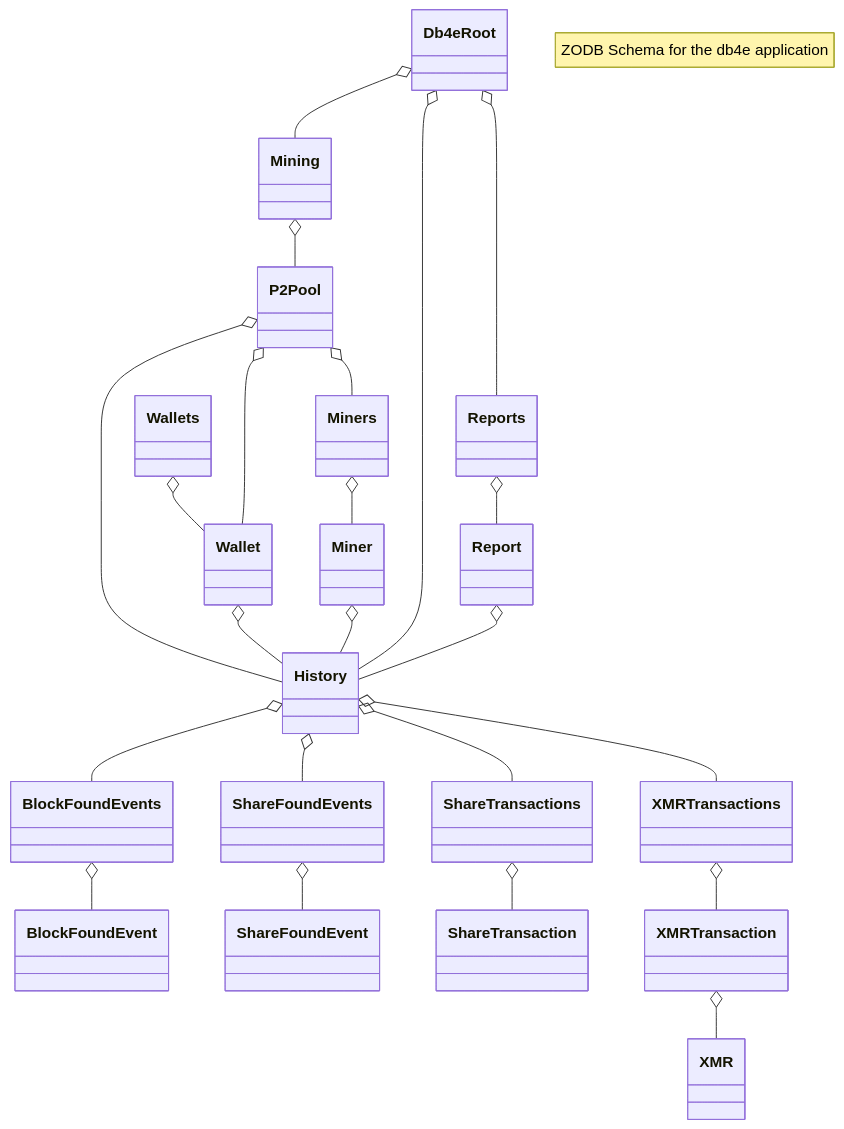
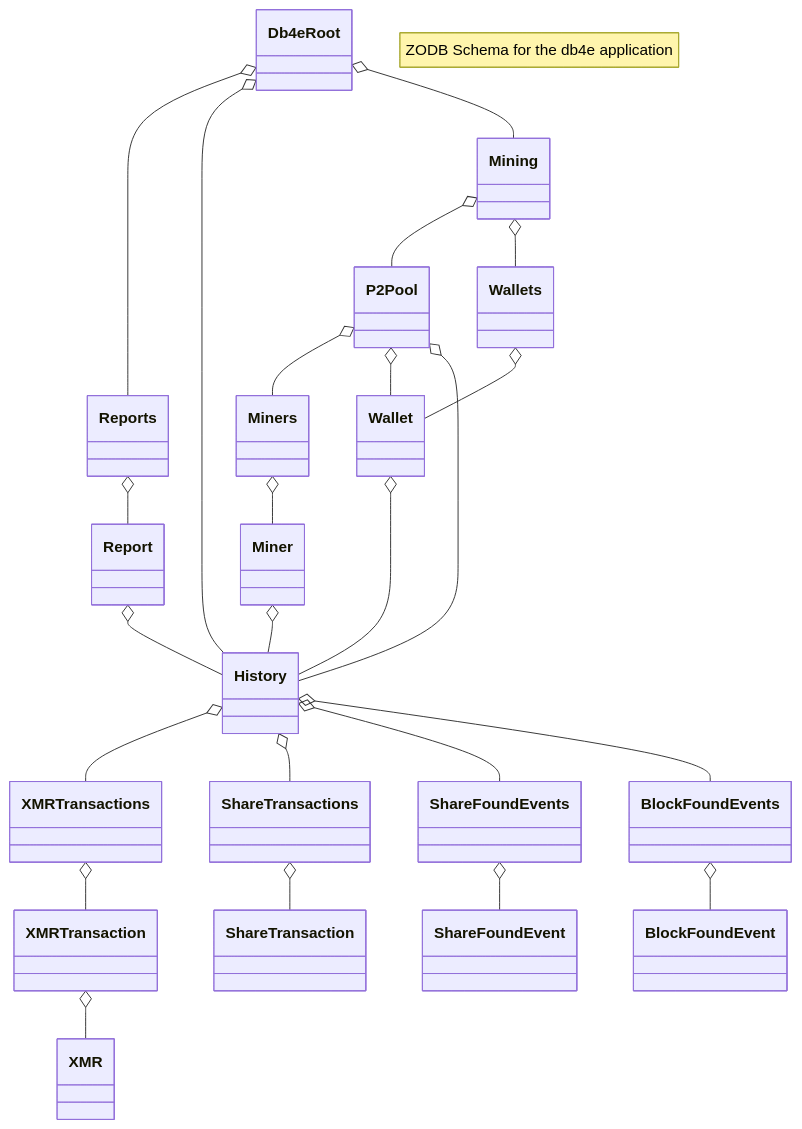
One commit to NadimGhaznavi/myzodb changed the diagram in _posts/2024-06-05-ZODB-Schema.md. Above: the diagram before and after it, drawn with Mermaid.

```diff
--- a/_posts/2024-06-05-ZODB-Schema.md
+++ b/_posts/2024-06-05-ZODB-Schema.md
@@ -12,33 +12,34 @@
 <pre class="mermaid">    
   classDiagram
     note "ZODB Schema for the db4e application"
     Db4eRoot o-- Reports
     Db4eRoot o-- History
     Db4eRoot o-- Mining
     
     Reports o-- Report
     
     Mining o-- P2Pool
+    Mining o-- Wallets
 
     Wallets o-- Wallet
 
     P2Pool o-- Miners
     Miners o-- Miner
     P2Pool o-- Wallet
     P2Pool o-- History
         
     Report o-- History
     Wallet o-- History
     Miner o-- History
         
     History o-- XMRTransactions
     History o-- ShareTransactions
     History o-- ShareFoundEvents
     History o-- BlockFoundEvents
     XMRTransactions o-- XMRTransaction
     ShareTransactions o-- ShareTransaction
     ShareFoundEvents o-- ShareFoundEvent
     BlockFoundEvents o-- BlockFoundEvent
 
     XMRTransaction o-- XMR
     </pre>
```
